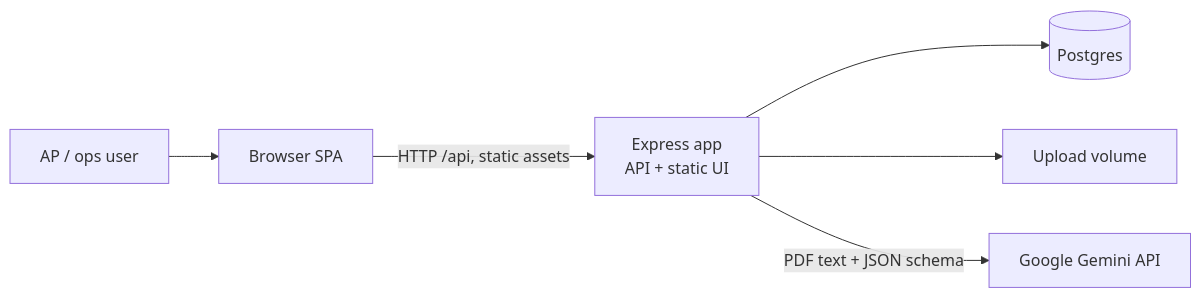
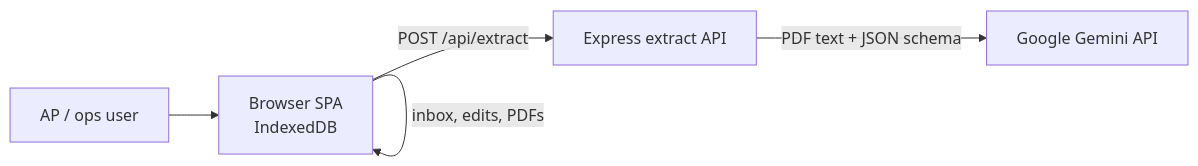
Before and after one commit to MoShahan/ledger-lens: the first of 4 diagrams in ARCHITECTURE.md, drawn with Mermaid. The commit also changed other lines of this file and 31 other files, not shown here.

````diff
--- a/ARCHITECTURE.md
+++ b/ARCHITECTURE.md
@@ -20,15 +20,12 @@
 ```mermaid
 flowchart LR
   User["AP / ops user"]
-  Browser["Browser SPA"]
-  App["Express app\nAPI + static UI"]
-  PG[(Postgres)]
-  Disk["Upload volume"]
+  Browser["Browser SPA\nIndexedDB"]
+  API["Express extract API"]
   Gemini["Google Gemini API"]
 
   User --> Browser
-  Browser -->|"HTTP /api, static assets"| App
-  App --> PG
-  App --> Disk
-  App -->|"PDF text + JSON schema"| Gemini
+  Browser -->|"POST /api/extract"| API
+  API -->|"PDF text + JSON schema"| Gemini
+  Browser -->|"inbox, edits, PDFs"| Browser
 ```
````
